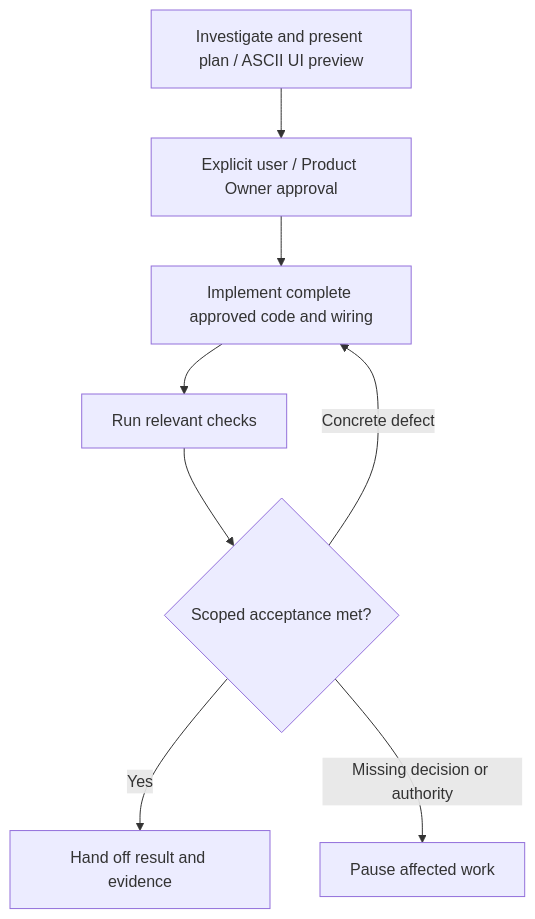
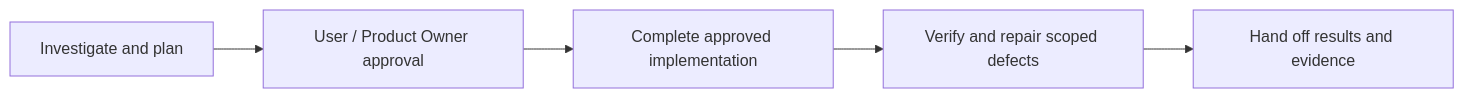
The diagram in README.md (khiemnd777/agent-kit), drawn with Mermaid before and after one commit. The commit also changed other lines of this file and 6 other files, not shown here.

````diff
--- a/README.md
+++ b/README.md
@@ -20,10 +60,7 @@
 ```mermaid
-flowchart TD
-    A["Investigate and present plan / ASCII UI preview"] --> P["Explicit user / Product Owner approval"]
-    P --> B["Implement complete approved code and wiring"]
-    B --> C["Run relevant checks"]
-    C --> D{"Scoped acceptance met?"}
-    D -->|Yes| E["Hand off result and evidence"]
-    D -->|Concrete defect| B
-    D -->|Missing decision or authority| F["Pause affected work"]
+flowchart LR
+    A["Investigate and plan"] --> B["User / Product Owner approval"]
+    B --> C["Complete approved implementation"]
+    C --> D["Verify and repair scoped defects"]
+    D --> E["Hand off results and evidence"]
 ```
````
